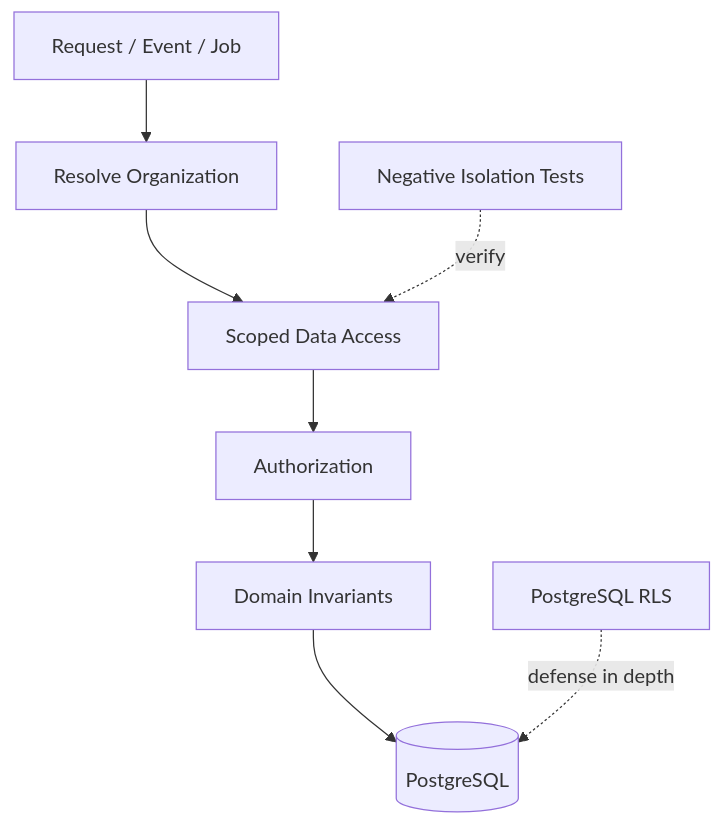
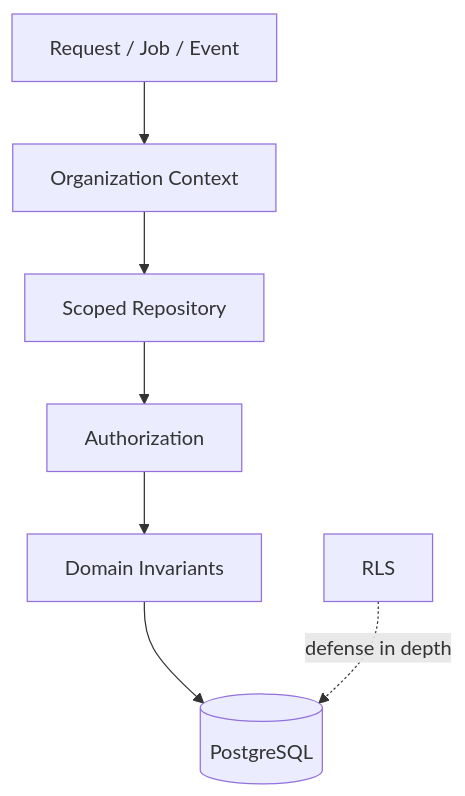
Before and after one commit to D-engahmed/OMILINKS: the first of 2 diagrams in docs/security/tenant-isolation.md, drawn with Mermaid. The commit also changed other lines of this file and 4 other files, not shown here.

```diff
--- a/docs/security/tenant-isolation.md
+++ b/docs/security/tenant-isolation.md
@@ -31,10 +40,9 @@
 ~~~mermaid
 flowchart TB
-REQ[Request / Event / Job] --> TENANT[Resolve Organization]
-TENANT --> QUERY[Scoped Data Access]
-QUERY --> AUTHZ[Authorization]
+REQ[Request / Job / Event] --> CONTEXT[Organization Context]
+CONTEXT --> REPO[Scoped Repository]
+REPO --> AUTHZ[Authorization]
 AUTHZ --> DOMAIN[Domain Invariants]
 DOMAIN --> DB[(PostgreSQL)]
-RLS[PostgreSQL RLS] -. defense in depth .-> DB
-TEST[Negative Isolation Tests] -. verify .-> QUERY
+RLS[RLS] -. defense in depth .-> DB
 ~~~
```
